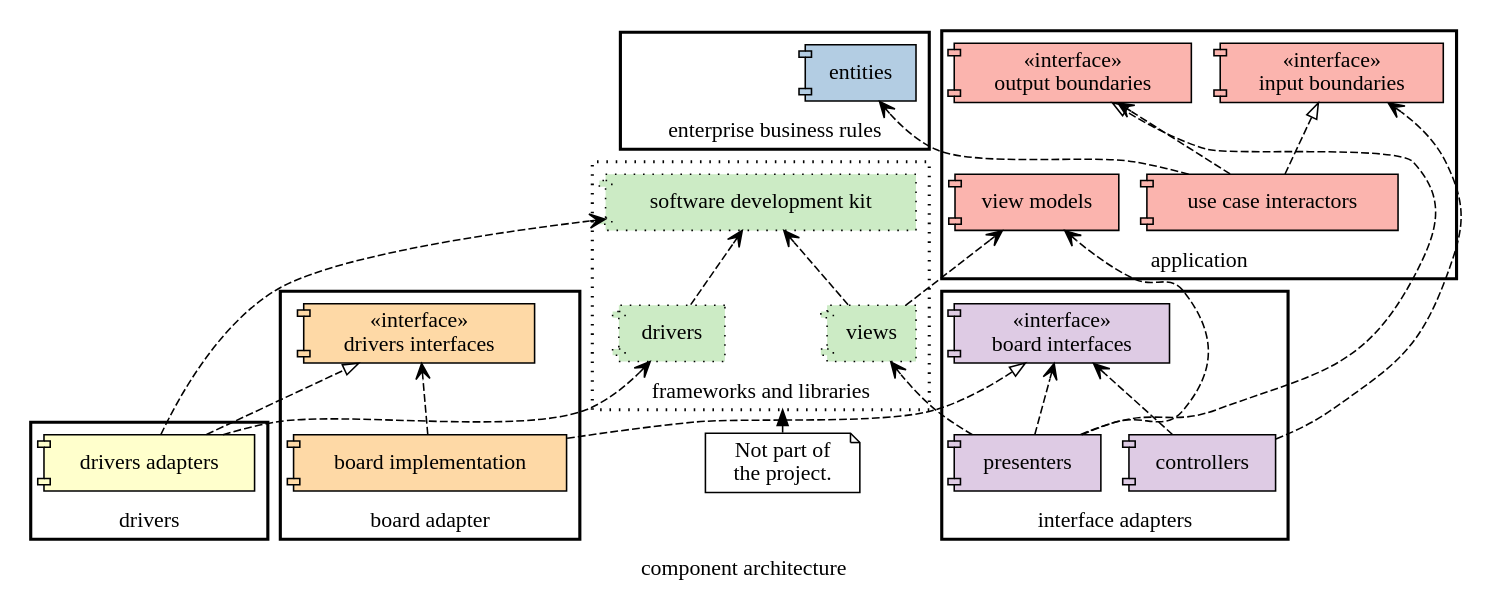
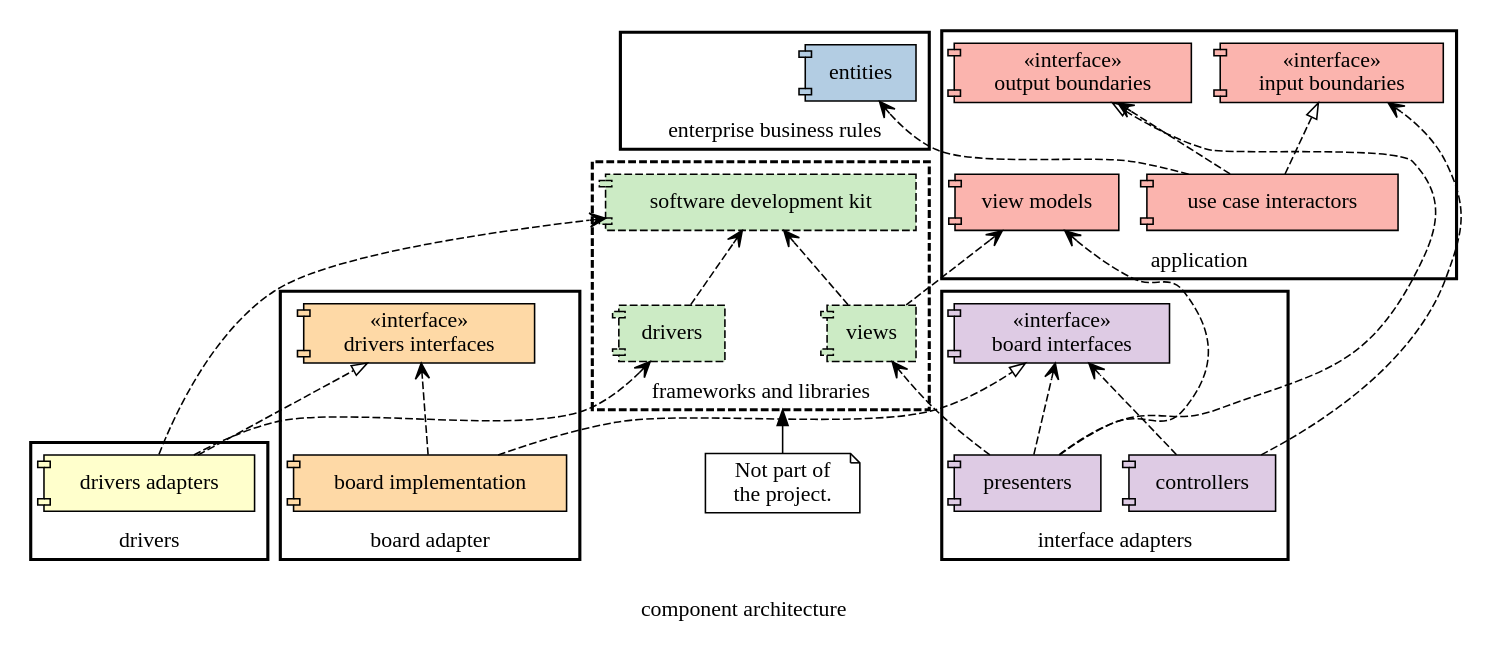
The diagram in doc/layers.dot (Task-Tracker-Systems/Task-Tracker-Device), drawn with Graphviz before and after one commit.

```diff
--- a/doc/layers.dot
+++ b/doc/layers.dot
@@ -1,116 +1,120 @@
 digraph component_architecture {
   label="component architecture";
   compound=true;
   rankdir="BT";
   style="bold"
   
   node [shape="component"];
   node [colorscheme="pastel16"];
   
     {
         // package 'application'
         node [fillcolor="1", style="filled"];
         
         subgraph cluster_app {
             label = "application";
         
             output_boundaries [label="«interface»\n output boundaries"]
             use_cases [label="use case interactors"]
             input_boundaries [label="«interface»\n input boundaries"]
             view_models [label="view models"];
         }
     }
     
     {
         // package 'enterprise business rules'
         node [fillcolor="2", style="filled"];
         
         subgraph cluster_ebr {
             label = "enterprise business rules";
-            
             entities;
         }
     }
   
     {
         // package 'frameworks and libraries'
-        node [fillcolor="3", style="filled, dotted"];
+        node [fillcolor="3", style="filled, dashed"];
         
         subgraph cluster_thirdparty {
             label = "frameworks and libraries";
-            style="bold,dotted";
+            style="bold,dashed";
             thirdparty[shape=point style=invis];
            
             sdk [label="software development kit"]
             drivers [label="drivers"];
             views;
         }
     }
     
-    n1 [label="Not part of\nthe project.", shape="note"]
-    n1 -> thirdparty [lhead="cluster_thirdparty"];
+    subgraph clusterX_margin
+    {
+        style=invis
+        margin="20.0,0.0"
+        n1 [label="Not part of\nthe project.", shape="note"]
+        n1 -> thirdparty [lhead="cluster_thirdparty"];
+    }
   
     {
         // package 'interface adapters'
         node [fillcolor="4", style="filled"];
         
         subgraph cluster_ia {
             label = "interface adapters";
         
             controllers, presenters;
             board_interfaces [label="«interface»\n board interfaces"];
         };
     }
   
     {
         // package 'board adapter'
         node [fillcolor="5", style="filled"];
         
         subgraph cluster_board {
             label = "board adapter";
         
             driver_interface [label="«interface»\n drivers interfaces"]
             board_impl [label="board implementation"]
         }
     }
   
     {
         // package 'interface adapters'
         node [fillcolor="6", style="filled"];
         
         subgraph cluster_drivers_adapters {
             label = "drivers";
             drivers_adapters [label="drivers adapters"];
         
         };
     }
 
   
     {
         // associations
         edge [style="dashed"];
         {
             // dependencies
             edge [arrowhead="vee"];
             use_cases -> entities;
             use_cases -> output_boundaries;
             presenters -> board_interfaces;
             presenters -> view_models;
             presenters -> views;
             controllers -> input_boundaries;
             controllers -> board_interfaces;
             board_impl -> driver_interface;
             views -> view_models;
             drivers_adapters -> drivers;
             {views, drivers, drivers_adapters} -> sdk;
         }
         {
             // realizations
             edge [arrowhead="onormal"];
             use_cases -> input_boundaries;
             presenters -> output_boundaries;
             board_impl -> board_interfaces;
             drivers_adapters -> driver_interface;
         }
     }
 }
```
